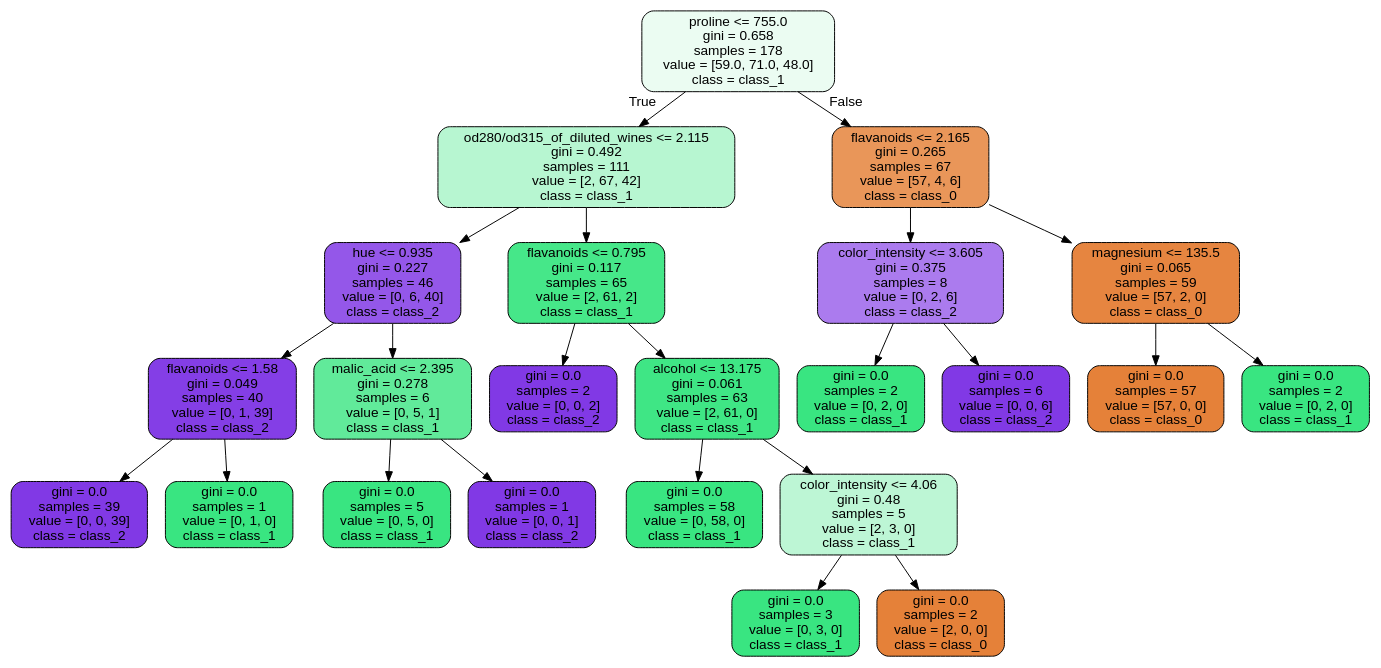
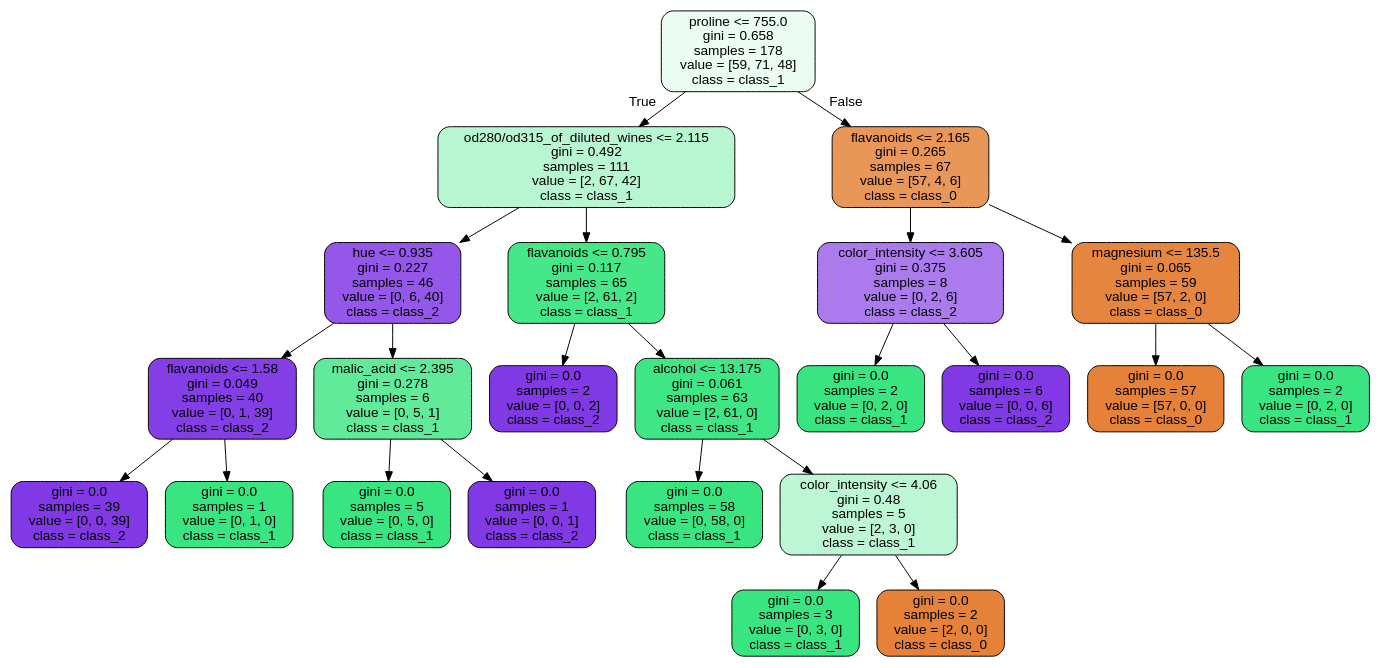
The diagram in tecnicas-multivariantes/ejercicio08_images/ejercicio08_arbol_wine.dot (pablesite/master-matematicas), drawn with Graphviz before and after one commit. The commit also changed 14 other files, not shown here.

```diff
--- a/tecnicas-multivariantes/ejercicio08_images/ejercicio08_arbol_wine.dot
+++ b/tecnicas-multivariantes/ejercicio08_images/ejercicio08_arbol_wine.dot
@@ -1,49 +1,49 @@
 digraph Tree {
 node [shape=box, style="filled, rounded", color="black", fontname="helvetica"] ;
 edge [fontname="helvetica"] ;
-0 [label="proline <= 755.0\ngini = 0.658\nsamples = 178\nvalue = [59.0, 71.0, 48.0]\nclass = class_1", fillcolor="#ebfcf2"] ;
+0 [label="proline <= 755.0\ngini = 0.658\nsamples = 178\nvalue = [59, 71, 48]\nclass = class_1", fillcolor="#ebfcf2"] ;
 1 [label="od280/od315_of_diluted_wines <= 2.115\ngini = 0.492\nsamples = 111\nvalue = [2, 67, 42]\nclass = class_1", fillcolor="#b7f6d1"] ;
 0 -> 1 [labeldistance=2.5, labelangle=45, headlabel="True"] ;
 2 [label="hue <= 0.935\ngini = 0.227\nsamples = 46\nvalue = [0, 6, 40]\nclass = class_2", fillcolor="#9457e9"] ;
 1 -> 2 ;
 3 [label="flavanoids <= 1.58\ngini = 0.049\nsamples = 40\nvalue = [0, 1, 39]\nclass = class_2", fillcolor="#843ee6"] ;
 2 -> 3 ;
 4 [label="gini = 0.0\nsamples = 39\nvalue = [0, 0, 39]\nclass = class_2", fillcolor="#8139e5"] ;
 3 -> 4 ;
 5 [label="gini = 0.0\nsamples = 1\nvalue = [0, 1, 0]\nclass = class_1", fillcolor="#39e581"] ;
 3 -> 5 ;
 6 [label="malic_acid <= 2.395\ngini = 0.278\nsamples = 6\nvalue = [0, 5, 1]\nclass = class_1", fillcolor="#61ea9a"] ;
 2 -> 6 ;
 7 [label="gini = 0.0\nsamples = 5\nvalue = [0, 5, 0]\nclass = class_1", fillcolor="#39e581"] ;
 6 -> 7 ;
 8 [label="gini = 0.0\nsamples = 1\nvalue = [0, 0, 1]\nclass = class_2", fillcolor="#8139e5"] ;
 6 -> 8 ;
 9 [label="flavanoids <= 0.795\ngini = 0.117\nsamples = 65\nvalue = [2, 61, 2]\nclass = class_1", fillcolor="#46e789"] ;
 1 -> 9 ;
 10 [label="gini = 0.0\nsamples = 2\nvalue = [0, 0, 2]\nclass = class_2", fillcolor="#8139e5"] ;
 9 -> 10 ;
 11 [label="alcohol <= 13.175\ngini = 0.061\nsamples = 63\nvalue = [2, 61, 0]\nclass = class_1", fillcolor="#3fe685"] ;
 9 -> 11 ;
 12 [label="gini = 0.0\nsamples = 58\nvalue = [0, 58, 0]\nclass = class_1", fillcolor="#39e581"] ;
 11 -> 12 ;
 13 [label="color_intensity <= 4.06\ngini = 0.48\nsamples = 5\nvalue = [2, 3, 0]\nclass = class_1", fillcolor="#bdf6d5"] ;
 11 -> 13 ;
 14 [label="gini = 0.0\nsamples = 3\nvalue = [0, 3, 0]\nclass = class_1", fillcolor="#39e581"] ;
 13 -> 14 ;
 15 [label="gini = 0.0\nsamples = 2\nvalue = [2, 0, 0]\nclass = class_0", fillcolor="#e58139"] ;
 13 -> 15 ;
 16 [label="flavanoids <= 2.165\ngini = 0.265\nsamples = 67\nvalue = [57, 4, 6]\nclass = class_0", fillcolor="#e99659"] ;
 0 -> 16 [labeldistance=2.5, labelangle=-45, headlabel="False"] ;
 17 [label="color_intensity <= 3.605\ngini = 0.375\nsamples = 8\nvalue = [0, 2, 6]\nclass = class_2", fillcolor="#ab7bee"] ;
 16 -> 17 ;
 18 [label="gini = 0.0\nsamples = 2\nvalue = [0, 2, 0]\nclass = class_1", fillcolor="#39e581"] ;
 17 -> 18 ;
 19 [label="gini = 0.0\nsamples = 6\nvalue = [0, 0, 6]\nclass = class_2", fillcolor="#8139e5"] ;
 17 -> 19 ;
 20 [label="magnesium <= 135.5\ngini = 0.065\nsamples = 59\nvalue = [57, 2, 0]\nclass = class_0", fillcolor="#e68540"] ;
 16 -> 20 ;
 21 [label="gini = 0.0\nsamples = 57\nvalue = [57, 0, 0]\nclass = class_0", fillcolor="#e58139"] ;
 20 -> 21 ;
 22 [label="gini = 0.0\nsamples = 2\nvalue = [0, 2, 0]\nclass = class_1", fillcolor="#39e581"] ;
 20 -> 22 ;
 }
```
